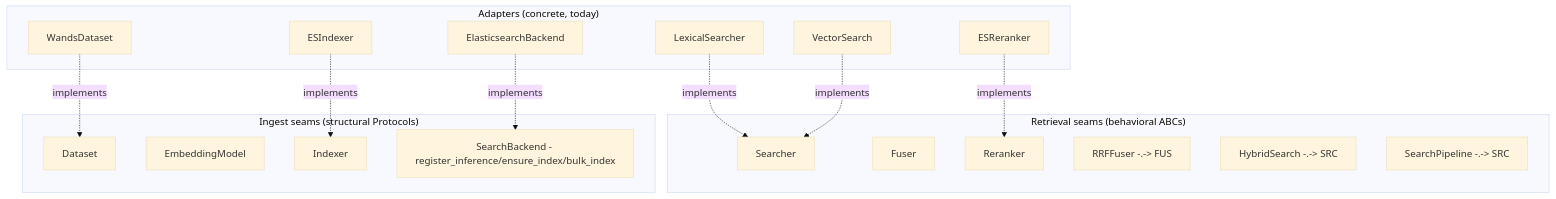
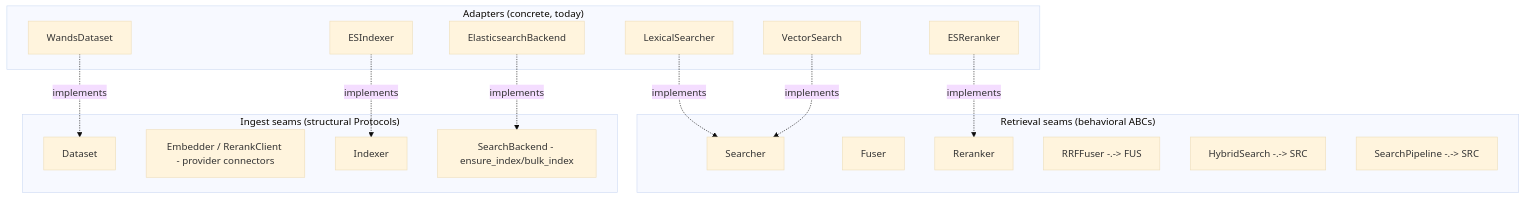
The second of 4 diagrams in docs/experiment.md (TensorOpt/search-rag-evaluation), drawn with Mermaid (base theme) before and after one commit. The commit also changed other lines of this file and 23 other files, not shown here.

````diff
--- a/docs/experiment.md
+++ b/docs/experiment.md
@@ -89,25 +89,25 @@
 ```mermaid
 flowchart TB
   subgraph "Retrieval seams (behavioral ABCs)"
     SRC[Searcher]
     FUS[Fuser]
     RRK[Reranker]
     RRF[RRFFuser -.-> FUS]
     HYB[HybridSearch -.-> SRC]
     SP[SearchPipeline -.-> SRC]
   end
   subgraph "Ingest seams (structural Protocols)"
     DSP[Dataset]
-    EMP[EmbeddingModel]
+    EMP[Embedder / RerankClient - provider connectors]
     IXP[Indexer]
-    SBP[SearchBackend - register_inference/ensure_index/bulk_index]
+    SBP[SearchBackend - ensure_index/bulk_index]
   end
   subgraph "Adapters (concrete, today)"
     WANDS[WandsDataset] -.implements.-> DSP
     ESL[LexicalSearcher] -.implements.-> SRC
     ESV[VectorSearch] -.implements.-> SRC
     ESR[ESReranker] -.implements.-> RRK
     ESIX[ESIndexer] -.implements.-> IXP
     ESB[ElasticsearchBackend] -.implements.-> SBP
   end
 ```
````
